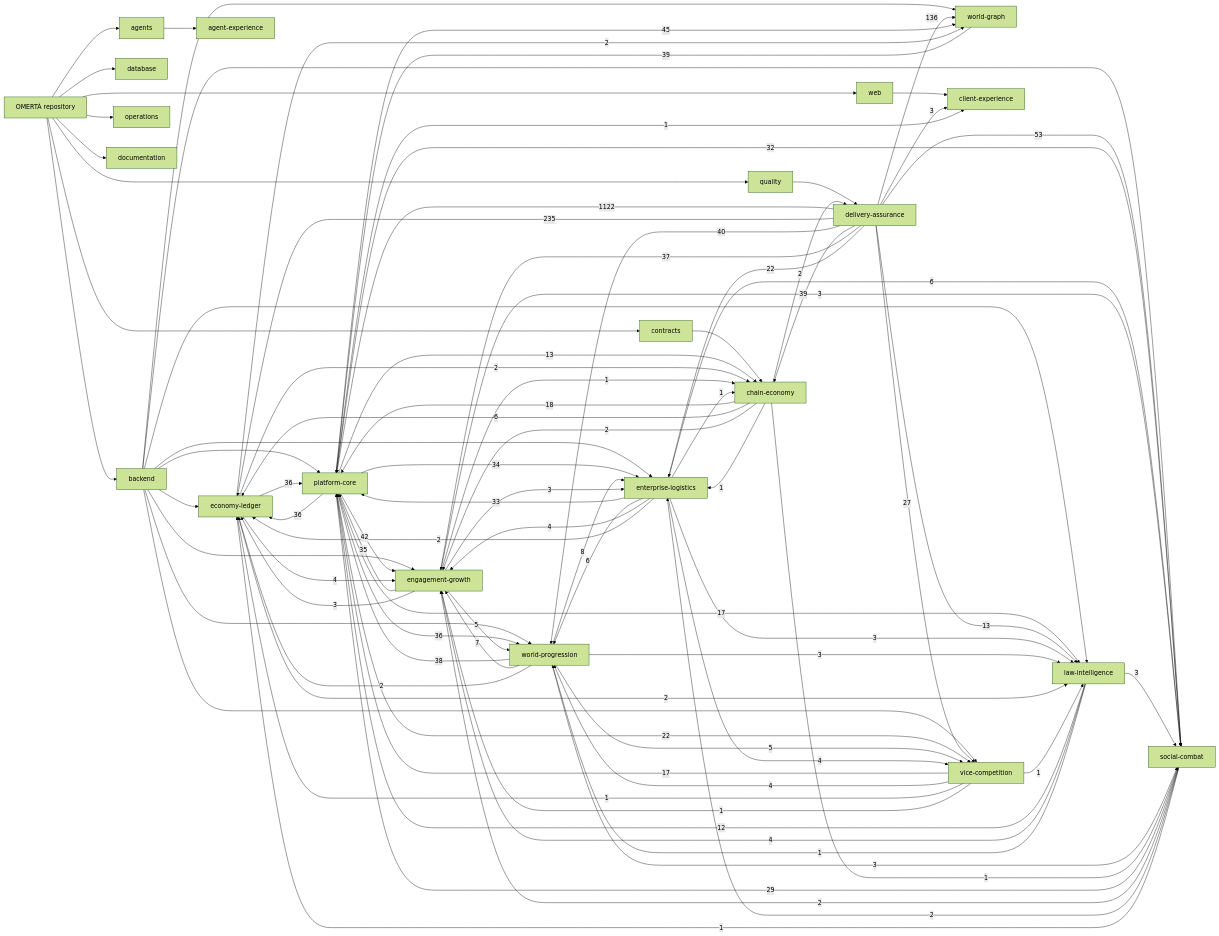
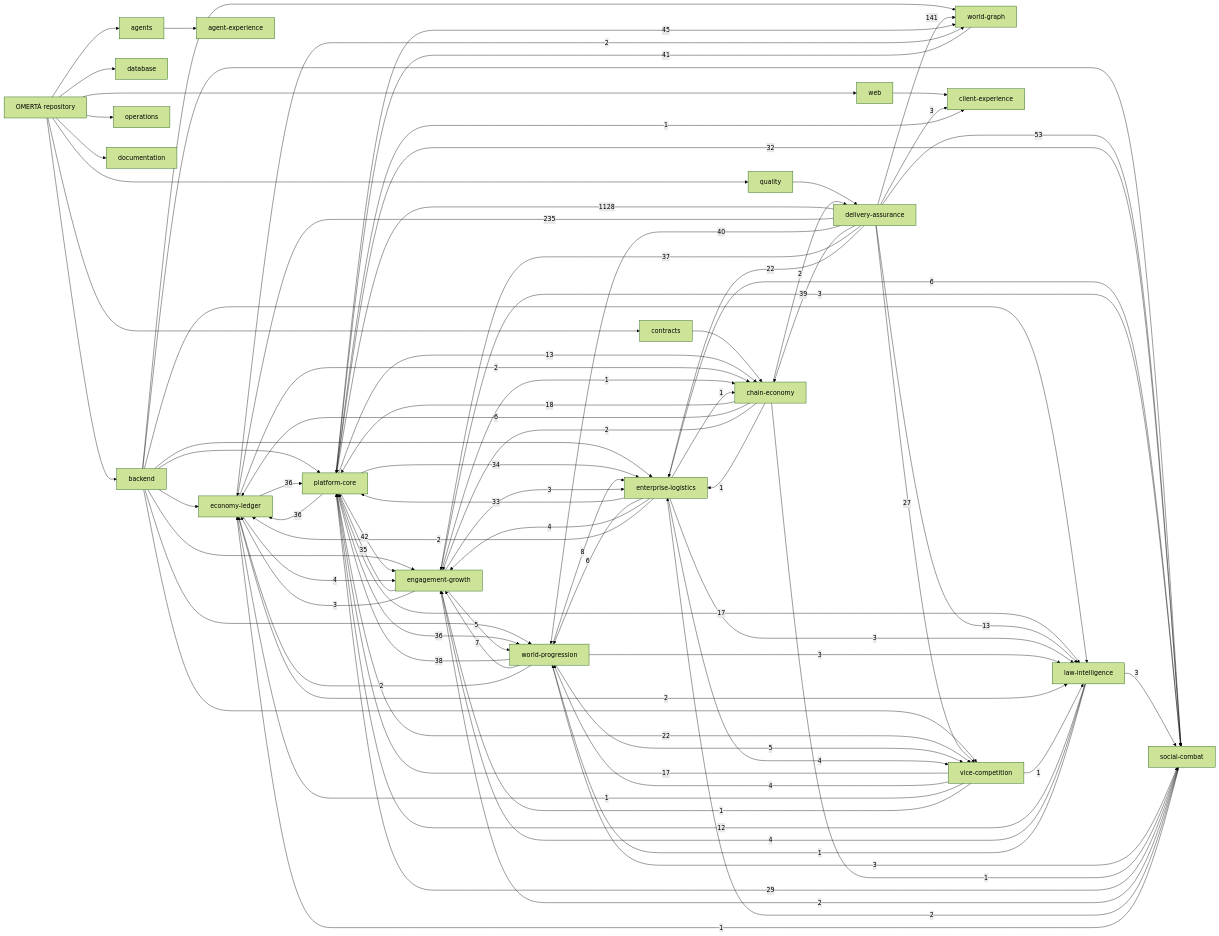
The diagram in knowledge/generated/graph.mmd (OmertaDev/Omerta), drawn with Mermaid (forest theme) before and after one commit. The commit also changed 6 other files, not shown here.

```diff
--- a/knowledge/generated/graph.mmd
+++ b/knowledge/generated/graph.mmd
@@ -1,111 +1,111 @@
 flowchart LR
   repo["OMERTÀ repository"]
   sub_backend["backend"]
   repo --> sub_backend
   sub_database["database"]
   repo --> sub_database
   sub_web["web"]
   repo --> sub_web
   sub_contracts["contracts"]
   repo --> sub_contracts
   sub_agents["agents"]
   repo --> sub_agents
   sub_quality["quality"]
   repo --> sub_quality
   sub_operations["operations"]
   repo --> sub_operations
   sub_documentation["documentation"]
   repo --> sub_documentation
   dom_platform-core["platform-core"]
   dom_economy-ledger["economy-ledger"]
   dom_social-combat["social-combat"]
   dom_world-progression["world-progression"]
   dom_world-graph["world-graph"]
   dom_enterprise-logistics["enterprise-logistics"]
   dom_vice-competition["vice-competition"]
   dom_law-intelligence["law-intelligence"]
   dom_chain-economy["chain-economy"]
   dom_engagement-growth["engagement-growth"]
   dom_client-experience["client-experience"]
   dom_agent-experience["agent-experience"]
   dom_delivery-assurance["delivery-assurance"]
   sub_agents --> dom_agent-experience
   sub_backend --> dom_economy-ledger
   sub_backend --> dom_engagement-growth
   sub_backend --> dom_enterprise-logistics
   sub_backend --> dom_law-intelligence
   sub_backend --> dom_platform-core
   sub_backend --> dom_social-combat
   sub_backend --> dom_vice-competition
   sub_backend --> dom_world-graph
   sub_backend --> dom_world-progression
   sub_contracts --> dom_chain-economy
   sub_quality --> dom_delivery-assurance
   sub_web --> dom_client-experience
-  dom_delivery-assurance -->|1122| dom_platform-core
+  dom_delivery-assurance -->|1128| dom_platform-core
   dom_delivery-assurance -->|235| dom_economy-ledger
-  dom_delivery-assurance -->|136| dom_world-graph
+  dom_delivery-assurance -->|141| dom_world-graph
   dom_delivery-assurance -->|53| dom_social-combat
   dom_platform-core -->|45| dom_world-graph
   dom_platform-core -->|42| dom_engagement-growth
+  dom_world-graph -->|41| dom_platform-core
   dom_delivery-assurance -->|40| dom_world-progression
   dom_delivery-assurance -->|39| dom_chain-economy
-  dom_world-graph -->|39| dom_platform-core
   dom_world-progression -->|38| dom_platform-core
   dom_delivery-assurance -->|37| dom_engagement-growth
   dom_economy-ledger -->|36| dom_platform-core
   dom_platform-core -->|36| dom_economy-ledger
   dom_platform-core -->|36| dom_world-progression
   dom_engagement-growth -->|35| dom_platform-core
   dom_platform-core -->|34| dom_enterprise-logistics
   dom_enterprise-logistics -->|33| dom_platform-core
   dom_platform-core -->|32| dom_social-combat
   dom_social-combat -->|29| dom_platform-core
   dom_delivery-assurance -->|27| dom_vice-competition
   dom_delivery-assurance -->|22| dom_enterprise-logistics
   dom_platform-core -->|22| dom_vice-competition
   dom_chain-economy -->|18| dom_platform-core
   dom_platform-core -->|17| dom_law-intelligence
   dom_vice-competition -->|17| dom_platform-core
   dom_delivery-assurance -->|13| dom_law-intelligence
   dom_platform-core -->|13| dom_chain-economy
   dom_law-intelligence -->|12| dom_platform-core
   dom_world-progression -->|8| dom_enterprise-logistics
   dom_world-progression -->|7| dom_engagement-growth
   dom_chain-economy -->|6| dom_economy-ledger
   dom_enterprise-logistics -->|6| dom_social-combat
   dom_enterprise-logistics -->|6| dom_world-progression
   dom_engagement-growth -->|5| dom_world-progression
   dom_world-progression -->|5| dom_vice-competition
   dom_economy-ledger -->|4| dom_engagement-growth
   dom_enterprise-logistics -->|4| dom_engagement-growth
   dom_enterprise-logistics -->|4| dom_vice-competition
   dom_law-intelligence -->|4| dom_engagement-growth
   dom_vice-competition -->|4| dom_world-progression
   dom_delivery-assurance -->|3| dom_client-experience
   dom_engagement-growth -->|3| dom_economy-ledger
   dom_engagement-growth -->|3| dom_enterprise-logistics
   dom_engagement-growth -->|3| dom_social-combat
   dom_enterprise-logistics -->|3| dom_law-intelligence
   dom_law-intelligence -->|3| dom_social-combat
   dom_world-progression -->|3| dom_law-intelligence
   dom_world-progression -->|3| dom_social-combat
   dom_chain-economy -->|2| dom_delivery-assurance
   dom_chain-economy -->|2| dom_engagement-growth
   dom_economy-ledger -->|2| dom_chain-economy
   dom_economy-ledger -->|2| dom_law-intelligence
   dom_economy-ledger -->|2| dom_world-graph
   dom_enterprise-logistics -->|2| dom_economy-ledger
   dom_social-combat -->|2| dom_engagement-growth
   dom_social-combat -->|2| dom_enterprise-logistics
   dom_world-progression -->|2| dom_economy-ledger
   dom_chain-economy -->|1| dom_enterprise-logistics
   dom_chain-economy -->|1| dom_social-combat
   dom_engagement-growth -->|1| dom_chain-economy
   dom_enterprise-logistics -->|1| dom_chain-economy
   dom_law-intelligence -->|1| dom_world-progression
   dom_platform-core -->|1| dom_client-experience
   dom_social-combat -->|1| dom_economy-ledger
   dom_vice-competition -->|1| dom_economy-ledger
   dom_vice-competition -->|1| dom_engagement-growth
   dom_vice-competition -->|1| dom_law-intelligence
```
